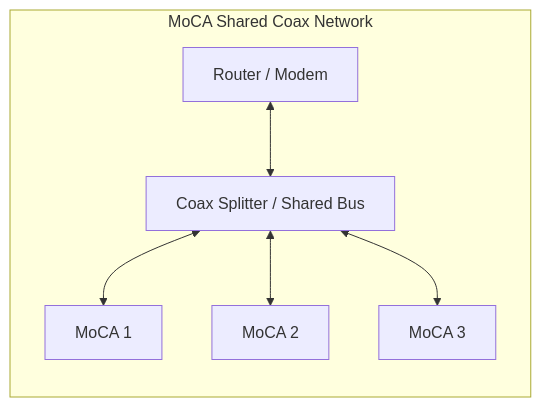
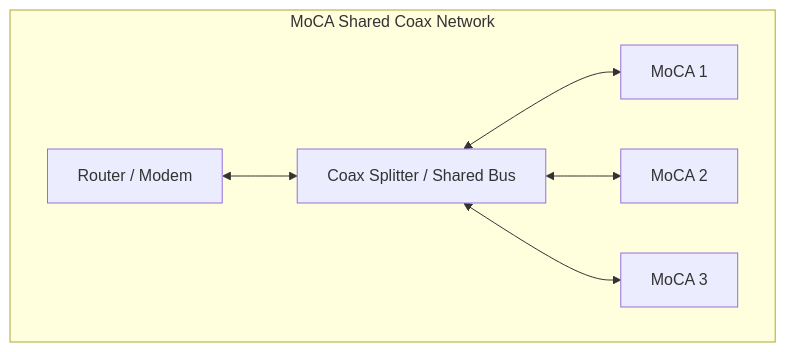
Before and after one commit to henryhall897/homelabwiki: the first of 2 diagrams in public/infrastructure/hardware/moca.md, drawn with Mermaid. The commit also changed other lines of this file, not shown here.

````diff
--- a/public/infrastructure/hardware/moca.md
+++ b/public/infrastructure/hardware/moca.md
@@ -37,14 +37,14 @@
 ```mermaid
-flowchart LR
+flowchart TB
     subgraph MoCA_Network["MoCA Shared Coax Network"]
         R["Router / Modem"]
         S["Coax Splitter / Shared Bus"]
         A1["MoCA 1"]
         A2["MoCA 2"]
         A3["MoCA 3"]
         R <--> S
         S <--> A1
         S <--> A2
         S <--> A3
     end
 ```
````
